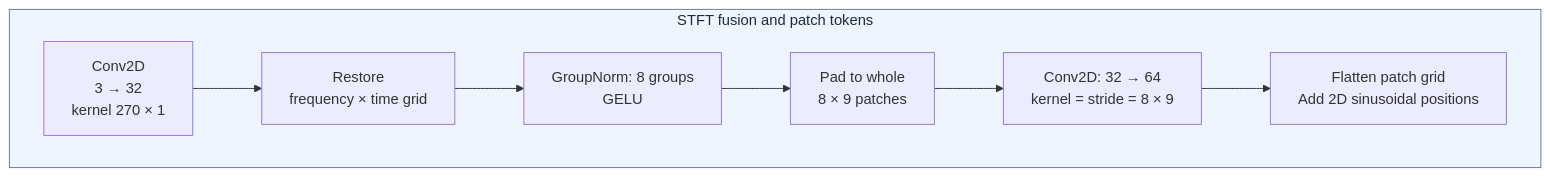
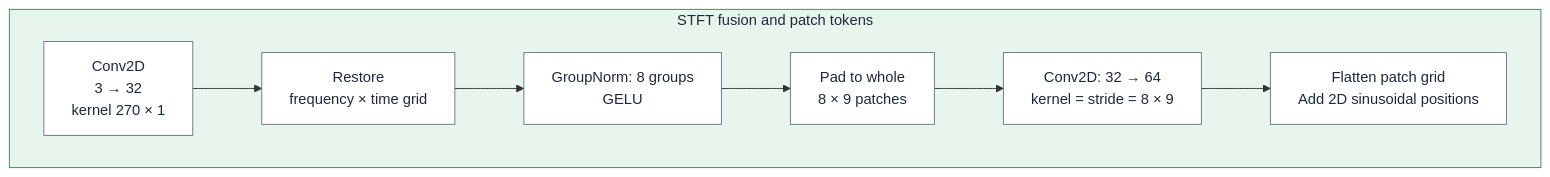
The fourth of 6 diagrams in README.md (kwang0913/WiFiSensing_DomainShift), drawn with Mermaid before and after one commit. The commit also changed other lines of this file, not shown here.

````diff
--- a/README.md
+++ b/README.md
@@ -74,12 +89,13 @@
 ```mermaid
 flowchart LR
     subgraph BLOCK["STFT fusion and patch tokens"]
         direction LR
         C["Conv2D<br/>3 → 32<br/>kernel 270 × 1"] --> R["Restore<br/>frequency × time grid"]
         R --> N["GroupNorm: 8 groups<br/>GELU"]
         N --> PAD["Pad to whole<br/>8 × 9 patches"]
         PAD --> PATCH["Conv2D: 32 → 64<br/>kernel = stride = 8 × 9"]
         PATCH --> T["Flatten patch grid<br/>Add 2D sinusoidal positions"]
     end
-    style BLOCK fill:#eef5ff,stroke:#64748b,color:#1e293b
+    style BLOCK fill:#e7f5ec,stroke:#38845b,color:#1e293b
+    classDef default fill:#ffffff,stroke:#64748b,color:#1e293b
 ```
````
